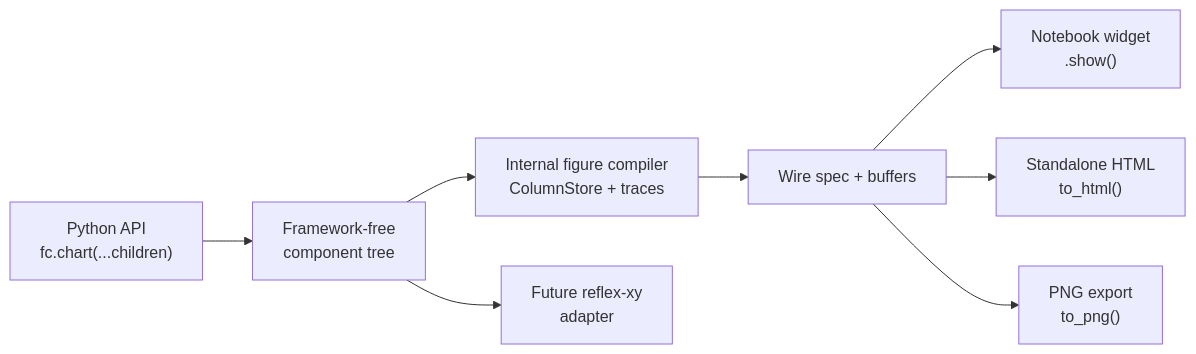
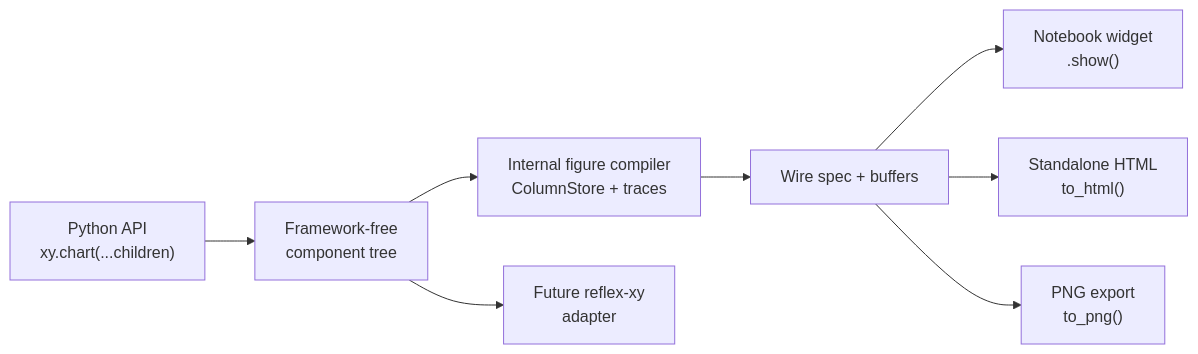
The diagram in docs/design/reflex-shaped-api.md (reflex-dev/xy), drawn with Mermaid before and after one commit. The commit also changed other lines of this file and 105 other files, not shown here.

````diff
--- a/docs/design/reflex-shaped-api.md
+++ b/docs/design/reflex-shaped-api.md
@@ -60,17 +60,17 @@
 ```mermaid
 flowchart LR
-  USER["Python API<br/>fc.chart(...children)"]
+  USER["Python API<br/>xy.chart(...children)"]
   TREE["Framework-free<br/>component tree"]
   FIG["Internal figure compiler<br/>ColumnStore + traces"]
   SPEC["Wire spec + buffers"]
   NB["Notebook widget<br/>.show()"]
   HTML["Standalone HTML<br/>to_html()"]
   PNG["PNG export<br/>to_png()"]
   RX["Future reflex-xy<br/>adapter"]
 
   USER --> TREE --> FIG --> SPEC
   SPEC --> NB
   SPEC --> HTML
   SPEC --> PNG
   TREE --> RX
 ```
````
